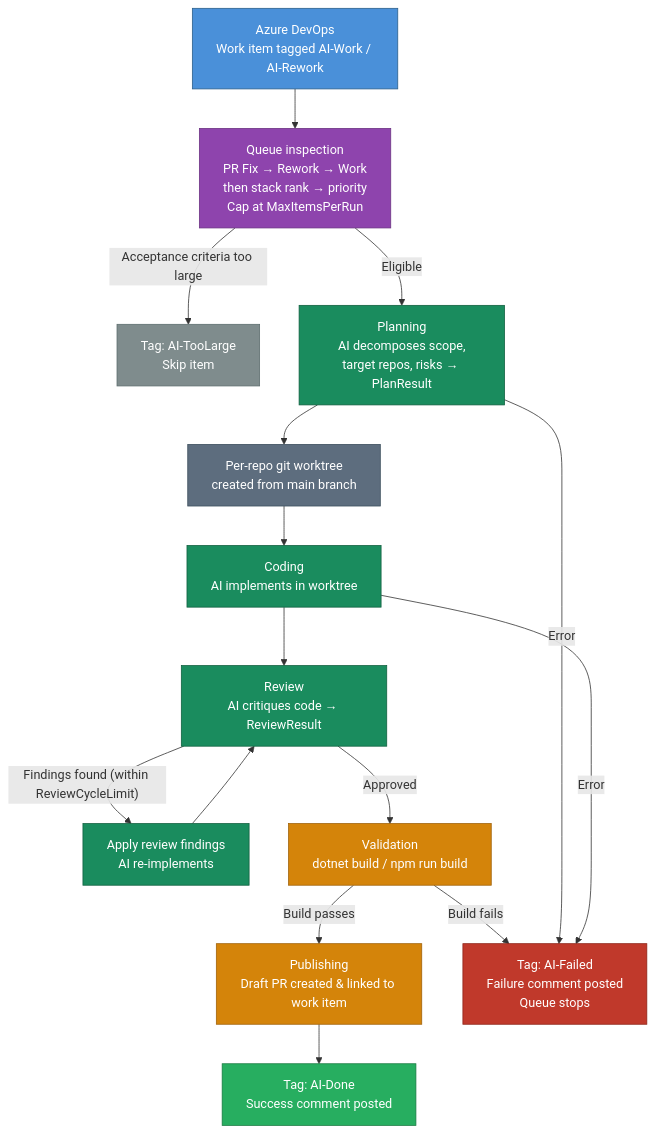
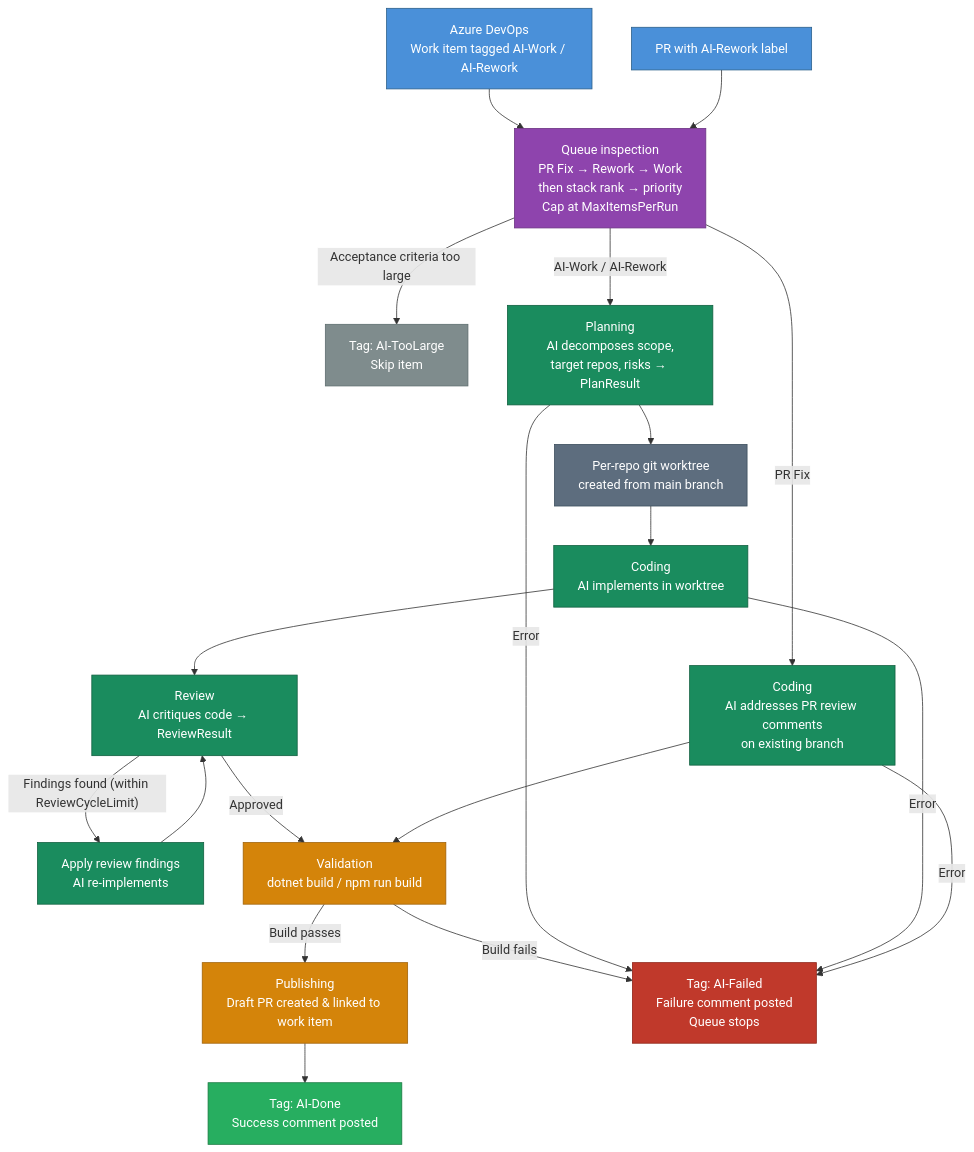
The first of 2 diagrams in README.md (SpaceOgre/ado-autonomous-worker), drawn with Mermaid before and after one commit.

Commit message:
docs: fix flowchart to show PR Fix path skipping Planning and Review
Agent-Logs-Url: https://github.com/SpaceOgre/ado-autonomous-worker/sessions/085d245a-7c6c-4edb-96be-af93c9a4738d

````diff
--- a/README.md
+++ b/README.md
@@ -17,49 +17,55 @@
 ```mermaid
 flowchart TD
     classDef ado     fill:#4A90D9,stroke:#2C5F8A,color:#fff
     classDef queue   fill:#8E44AD,stroke:#6C3483,color:#fff
     classDef agent   fill:#1A8C5E,stroke:#116040,color:#fff
     classDef infra   fill:#5D6D7E,stroke:#3D4F5E,color:#fff
     classDef check   fill:#D4840A,stroke:#A0620A,color:#fff
     classDef success fill:#27AE60,stroke:#1A7A42,color:#fff
     classDef failure fill:#C0392B,stroke:#8E2418,color:#fff
     classDef skipped fill:#7F8C8D,stroke:#5D6D6E,color:#fff
 
     ADO["Azure DevOps<br/>Work item tagged AI-Work / AI-Rework"]
+    PR["PR with AI-Rework label"]
     Queue["Queue inspection<br/>PR Fix → Rework → Work<br/>then stack rank → priority<br/>Cap at MaxItemsPerRun"]
     TooLarge["Tag: AI-TooLarge<br/>Skip item"]
     Plan["Planning<br/>AI decomposes scope,<br/>target repos, risks → PlanResult"]
     Worktree["Per-repo git worktree<br/>created from main branch"]
     Code["Coding<br/>AI implements in worktree"]
     Review["Review<br/>AI critiques code → ReviewResult"]
     ApplyReview["Apply review findings<br/>AI re-implements"]
+    PrFixCode["Coding<br/>AI addresses PR review comments<br/>on existing branch"]
     Validate["Validation<br/>dotnet build / npm run build"]
     Publish["Publishing<br/>Draft PR created & linked to work item"]
     Done["Tag: AI-Done<br/>Success comment posted"]
     Failed["Tag: AI-Failed<br/>Failure comment posted<br/>Queue stops"]
 
     ADO --> Queue
+    PR --> Queue
     Queue -- "Acceptance criteria too large" --> TooLarge
-    Queue -- "Eligible" --> Plan
+    Queue -- "AI-Work / AI-Rework" --> Plan
+    Queue -- "PR Fix" --> PrFixCode
     Plan --> Worktree
     Worktree --> Code
     Code --> Review
     Review -- "Findings found (within ReviewCycleLimit)" --> ApplyReview
     ApplyReview --> Review
     Review -- "Approved" --> Validate
+    PrFixCode --> Validate
     Validate -- "Build fails" --> Failed
     Validate -- "Build passes" --> Publish
     Publish --> Done
     Plan -- "Error" --> Failed
     Code -- "Error" --> Failed
+    PrFixCode -- "Error" --> Failed
 
-    class ADO ado
+    class ADO,PR ado
     class Queue queue
     class TooLarge skipped
-    class Plan,Code,Review,ApplyReview agent
+    class Plan,Code,Review,ApplyReview,PrFixCode agent
     class Worktree infra
     class Validate check
     class Publish check
     class Done success
     class Failed failure
 ```
````
